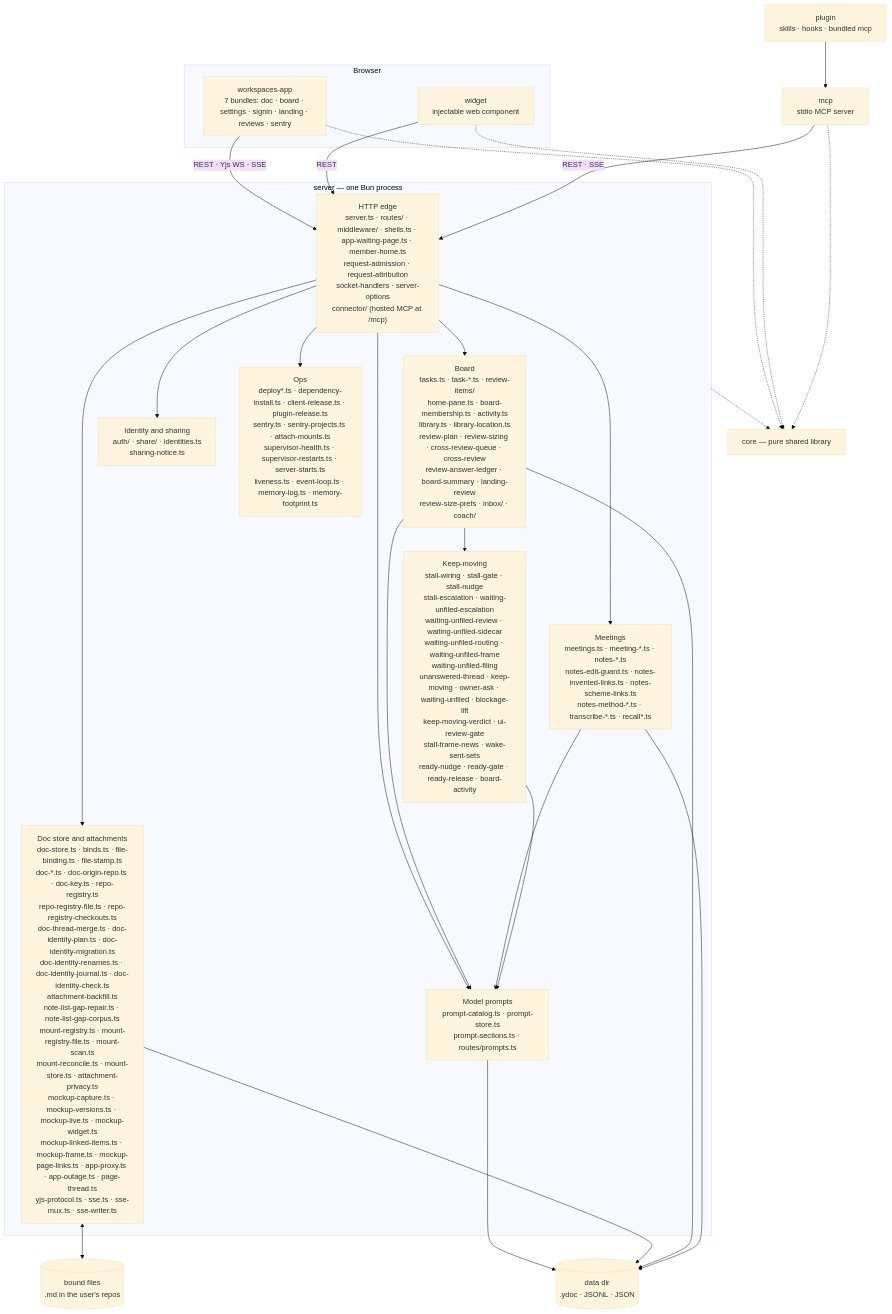
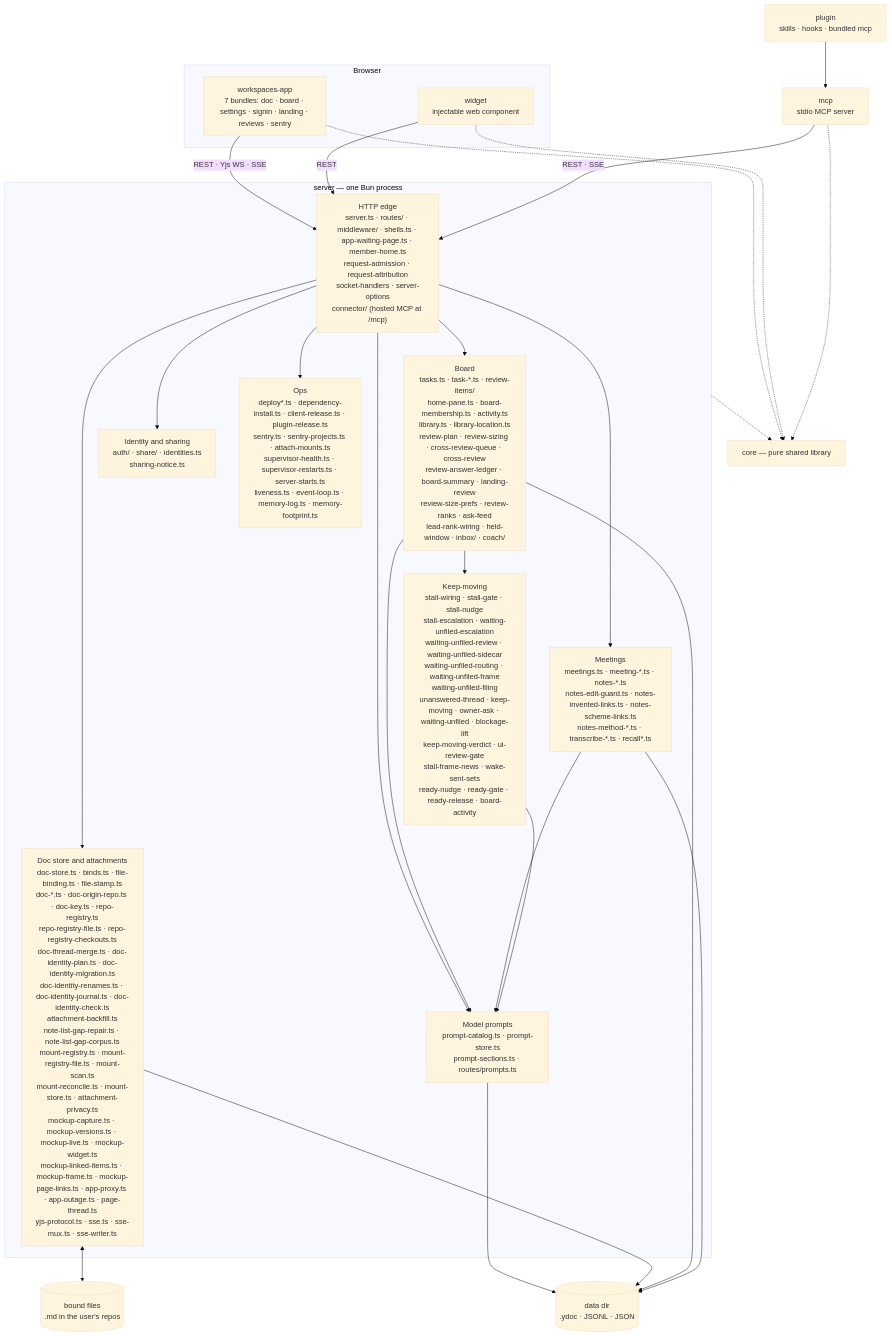
Before and after one commit to fryanpan/claude-workspace-plugin: the first of 2 diagrams in docs/architecture/overview.md, drawn with Mermaid (base theme). The commit also changed other lines of this file and 29 other files, not shown here.

First line of the commit message:
Team Lead ranks every new ask across boards, and Home follows the rank (#1233)

````diff
--- a/docs/architecture/overview.md
+++ b/docs/architecture/overview.md
@@ -45,35 +45,35 @@
 ```mermaid
 flowchart TB
   subgraph browser[Browser]
     app["workspaces-app<br/>7 bundles: doc · board · settings · signin · landing · reviews · sentry"]
     wid["widget<br/>injectable web component"]
   end
   plug["plugin<br/>skills · hooks · bundled mcp"]
   mcp["mcp<br/>stdio MCP server"]
   subgraph srv["server — one Bun process"]
     edge["HTTP edge<br/>server.ts · routes/ · middleware/ · shells.ts · app-waiting-page.ts · member-home.ts<br/>request-admission · request-attribution<br/>socket-handlers · server-options<br/>connector/ (hosted MCP at /mcp)"]
     docs["Doc store and attachments<br/>doc-store.ts · binds.ts · file-binding.ts · file-stamp.ts<br/>doc-*.ts · doc-origin-repo.ts · doc-key.ts · repo-registry.ts<br/>repo-registry-file.ts · repo-registry-checkouts.ts<br/>doc-thread-merge.ts · doc-identity-plan.ts · doc-identity-migration.ts<br/>doc-identity-renames.ts · doc-identity-journal.ts · doc-identity-check.ts<br/>attachment-backfill.ts<br/>note-list-gap-repair.ts · note-list-gap-corpus.ts<br/>mount-registry.ts · mount-registry-file.ts · mount-scan.ts<br/>mount-reconcile.ts · mount-store.ts · attachment-privacy.ts<br/>mockup-capture.ts · mockup-versions.ts · mockup-live.ts · mockup-widget.ts<br/>mockup-linked-items.ts · mockup-frame.ts · mockup-page-links.ts · app-proxy.ts · app-outage.ts · page-thread.ts<br/>yjs-protocol.ts · sse.ts · sse-mux.ts · sse-writer.ts"]
-    board["Board<br/>tasks.ts · task-*.ts · review-items/<br/>home-pane.ts · board-membership.ts · activity.ts<br/>library.ts · library-location.ts<br/>review-plan · review-sizing · cross-review-queue · cross-review<br/>review-answer-ledger · board-summary · landing-review<br/>review-size-prefs · inbox/ · coach/"]
+    board["Board<br/>tasks.ts · task-*.ts · review-items/<br/>home-pane.ts · board-membership.ts · activity.ts<br/>library.ts · library-location.ts<br/>review-plan · review-sizing · cross-review-queue · cross-review<br/>review-answer-ledger · board-summary · landing-review<br/>review-size-prefs · review-ranks · ask-feed<br/>lead-rank-wiring · held-window · inbox/ · coach/"]
     meet["Meetings<br/>meetings.ts · meeting-*.ts · notes-*.ts<br/>notes-edit-guard.ts · notes-invented-links.ts · notes-scheme-links.ts<br/>notes-method-*.ts · transcribe-*.ts · recall*.ts"]
     keep["Keep-moving<br/>stall-wiring · stall-gate · stall-nudge<br/>stall-escalation · waiting-unfiled-escalation<br/>waiting-unfiled-review · waiting-unfiled-sidecar<br/>waiting-unfiled-routing · waiting-unfiled-frame<br/>waiting-unfiled-filing<br/>unanswered-thread · keep-moving · owner-ask · waiting-unfiled · blockage-lift<br/>keep-moving-verdict · ui-review-gate<br/>stall-frame-news · wake-sent-sets<br/>ready-nudge · ready-gate · ready-release · board-activity"]
     ident["Identity and sharing<br/>auth/ · share/ · identities.ts<br/>sharing-notice.ts"]
     prompts["Model prompts<br/>prompt-catalog.ts · prompt-store.ts<br/>prompt-sections.ts · routes/prompts.ts"]
     ops["Ops<br/>deploy*.ts · dependency-install.ts · client-release.ts · plugin-release.ts<br/>sentry.ts · sentry-projects.ts · attach-mounts.ts<br/>supervisor-health.ts · supervisor-restarts.ts · server-starts.ts<br/>liveness.ts · event-loop.ts · memory-log.ts · memory-footprint.ts"]
   end
   core["core — pure shared library"]
   disk[("data dir<br/>.ydoc · JSONL · JSON")]
   files[("bound files<br/>.md in the user's repos")]
 
   app -->|"REST · Yjs WS · SSE"| edge
   wid -->|REST| edge
   plug --> mcp
   mcp -->|"REST · SSE"| edge
   edge --> docs & board & meet & ident & ops & prompts
   board & meet & keep --> prompts
   prompts --> disk
   board --> keep
   docs <--> files
   docs & board & meet --> disk
   app & wid & mcp -.-> core
   srv -.-> core
 ```
````
